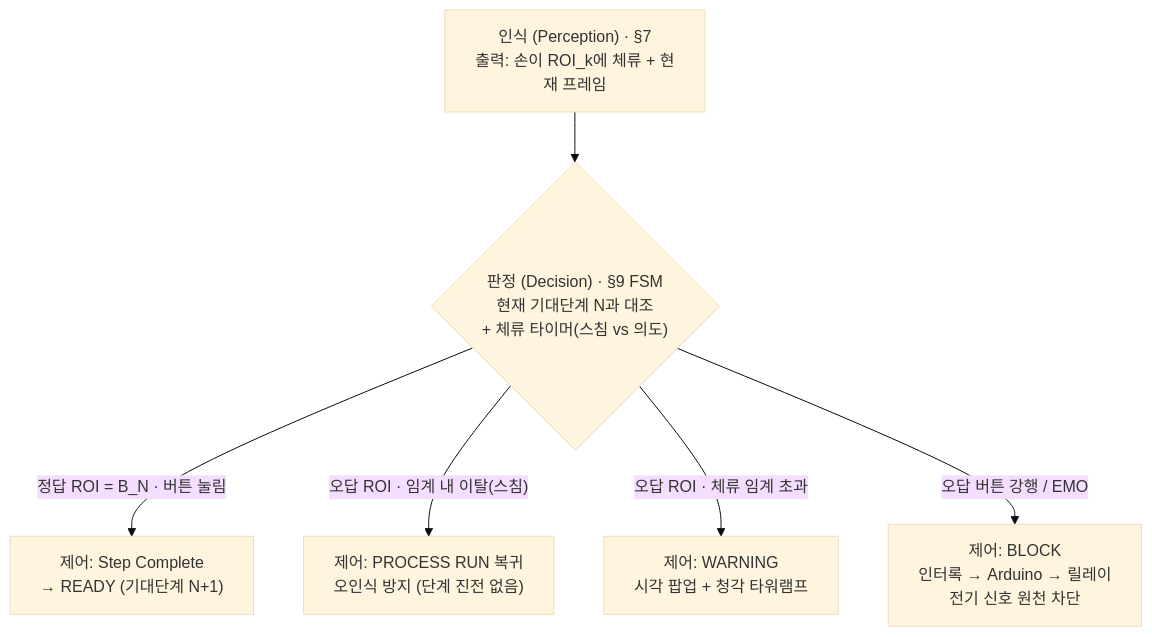
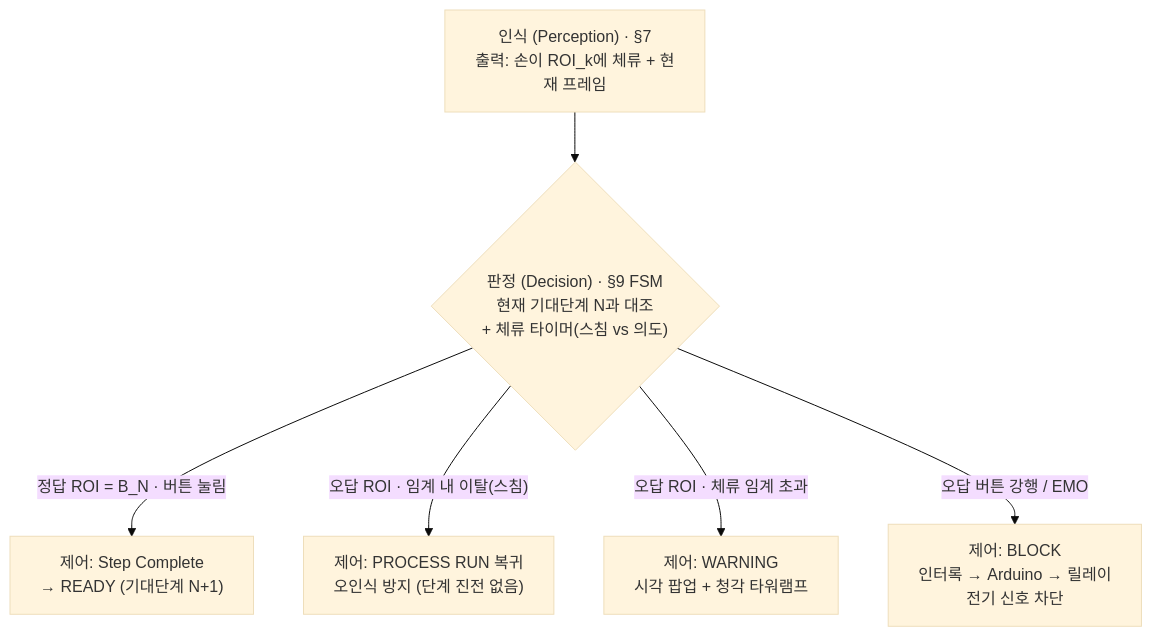
The fourth of 6 diagrams in docs/통합수행설계문서_전체_섹션1-15.md (kimem9859-arch/sop-project), drawn with Mermaid (base theme) before and after one commit. The commit also changed other lines of this file, not shown here.

````diff
--- a/docs/통합수행설계문서_전체_섹션1-15.md
+++ b/docs/통합수행설계문서_전체_섹션1-15.md
@@ -362,8 +364,8 @@
 ```mermaid
 flowchart TD
     P["인식 (Perception) · §7<br/>출력: 손이 ROI_k에 체류 + 현재 프레임"] --> D{"판정 (Decision) · §9 FSM<br/>현재 기대단계 N과 대조<br/>+ 체류 타이머(스침 vs 의도)"}
     D -->|"정답 ROI = B_N · 버튼 눌림"| C1["제어: Step Complete<br/>→ READY (기대단계 N+1)"]
     D -->|"오답 ROI · 임계 내 이탈(스침)"| C2["제어: PROCESS RUN 복귀<br/>오인식 방지 (단계 진전 없음)"]
     D -->|"오답 ROI · 체류 임계 초과"| C3["제어: WARNING<br/>시각 팝업 + 청각 타워램프"]
-    D -->|"오답 버튼 강행 / EMO"| C4["제어: BLOCK<br/>인터록 → Arduino → 릴레이<br/>전기 신호 원천 차단"]
+    D -->|"오답 버튼 강행 / EMO"| C4["제어: BLOCK<br/>인터록 → Arduino → 릴레이<br/>전기 신호 차단"]
 ```
````
